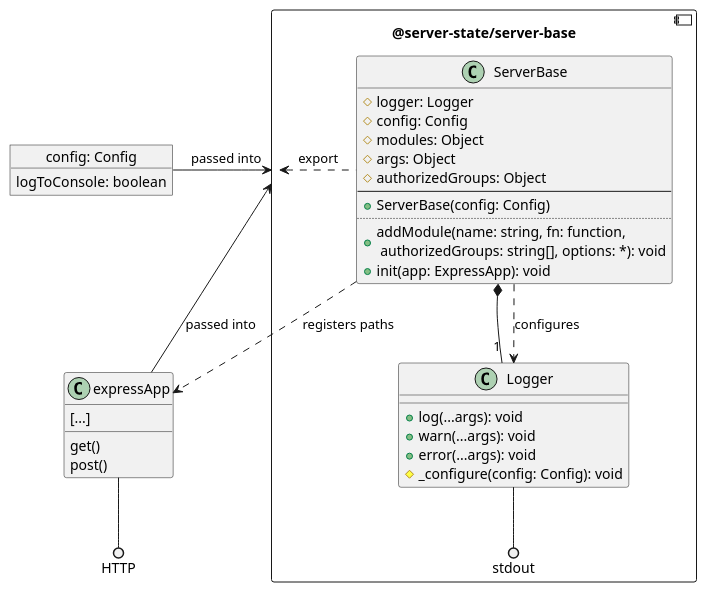
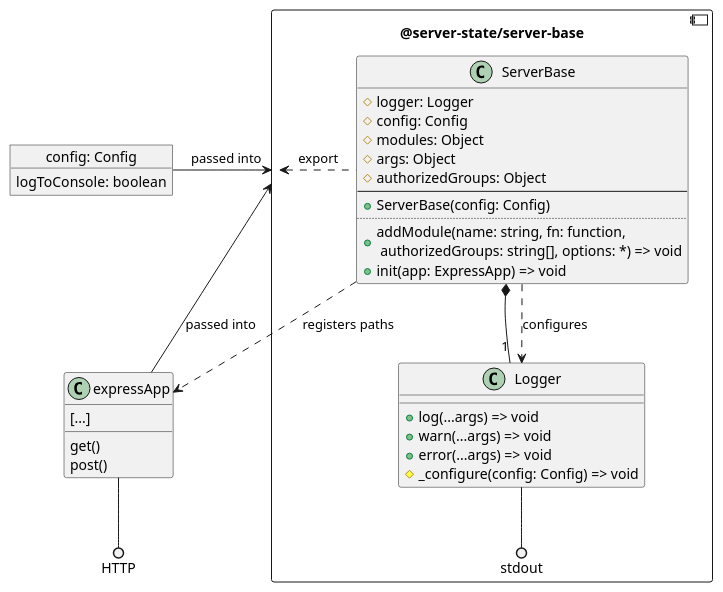
Before and after one commit to server-state/specs: the diagram in arch/modules/server-base.md, drawn with PlantUML. The commit also changed other lines of this file and 1 other file, not shown here.

````diff
--- a/arch/modules/server-base.md
+++ b/arch/modules/server-base.md
@@ -17,52 +19,52 @@
 ```plantuml
 @startuml
 component "@server-state/server-base" as sb {
     class ServerBase {
         # logger: Logger
         # config: Config
         # modules: Object
         # args: Object
         # authorizedGroups: Object
         --
         + ServerBase(config: Config)
         ..
-        + addModule(name: string, fn: function,\n authorizedGroups: string[], options: *): void
-        + init(app: ExpressApp): void
+        + addModule(name: string, fn: function,\n authorizedGroups: string[], options: *) => void
+        + init(app: ExpressApp) => void
     }
 
     class Logger {
-        + log(...args): void
-        + warn(...args): void
-        + error(...args): void
-        # _configure(config: Config): void
+        + log(...args) => void
+        + warn(...args) => void
+        + error(...args) => void
+        # _configure(config: Config) => void
     }
 
     ServerBase *-- "1" Logger
     ServerBase ..> Logger: configures
     Logger --() stdout
 }
 
 together {
 object "config: Config" as config {
     logToConsole: boolean
 }
 
 config --[hidden]>expressApp
 
 object "expressApp: ExpressApp" as expressApp {
     get()
     post()
     [...]
 }
 
     expressApp --() HTTP
 }
 
 config -> sb: passed into
 sb <-- expressApp: passed into
 
 sb <. ServerBase: export
 
 ServerBase .> expressApp: registers paths
 @enduml
 ```
````
